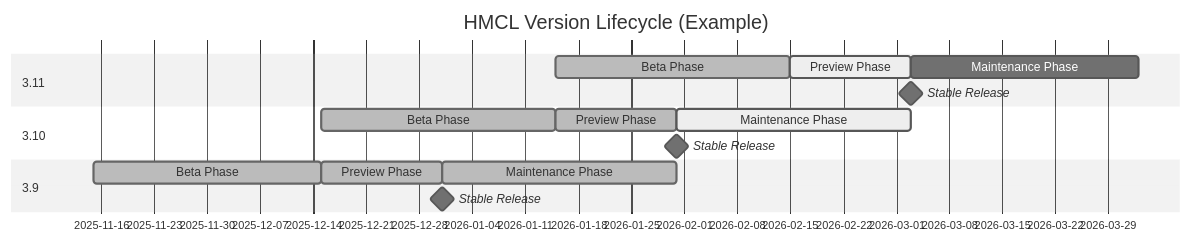
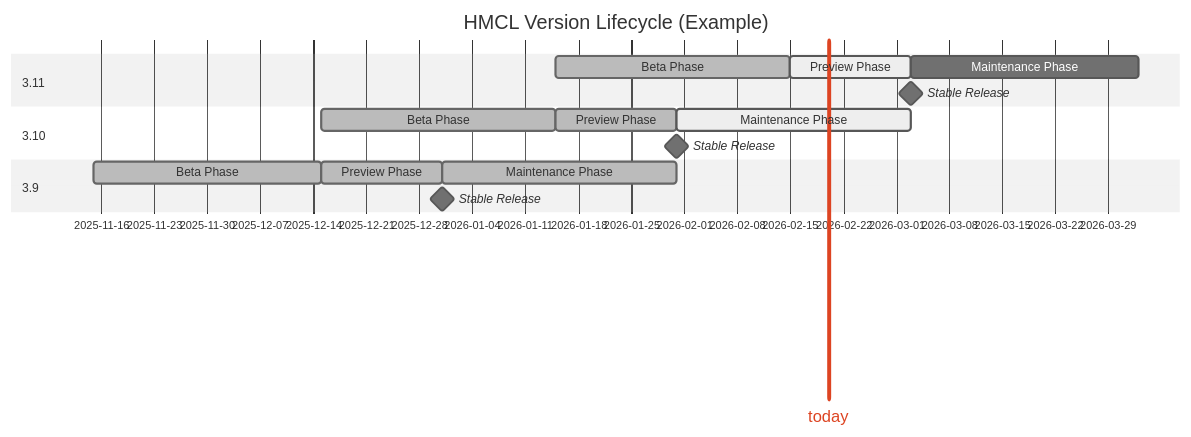
One commit to HMCL-dev/HMCL changed the diagram in docs/ReleaseSchedule.md. Above: the diagram before and after it, drawn with Mermaid (neutral theme).

````diff
--- a/docs/ReleaseSchedule.md
+++ b/docs/ReleaseSchedule.md
@@ -49,22 +49,23 @@
 ```mermaid
 ---
 displayMode: compact
 ---
 gantt
     title HMCL Version Lifecycle (Example)
     section 3.11
+        today: vert, 2026-02-20, 0d
         Beta Phase: done, c1, after b1, 31d
         Preview Phase: active, c2, after c1, 16d
         Maintenance Phase: c3, after c2, 30d
         Stable Release: milestone, after c2, 0d
     section 3.10
         Beta Phase: done, b1, after a1, 31d
         Preview Phase: done, b2, after b1, 16d
         Maintenance Phase: active, b3, after b2, 31d
         Stable Release: milestone, after b2, 0d
     section 3.9
         Beta Phase: done, a1, 2025-11-15, 30d
         Preview Phase: done, a2, after a1, 16d
         Maintenance Phase: done, a3, after a2, 31d
         Stable Release: milestone, after a2, 0d
 ```
````
